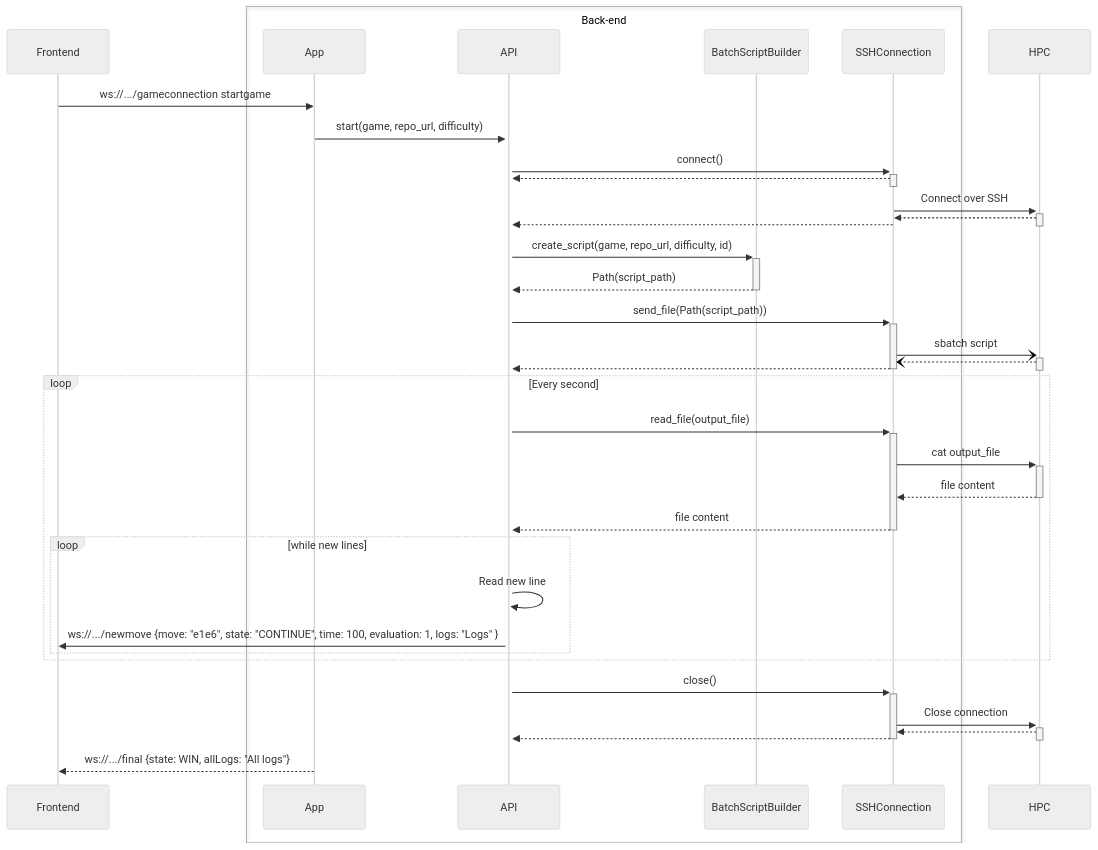
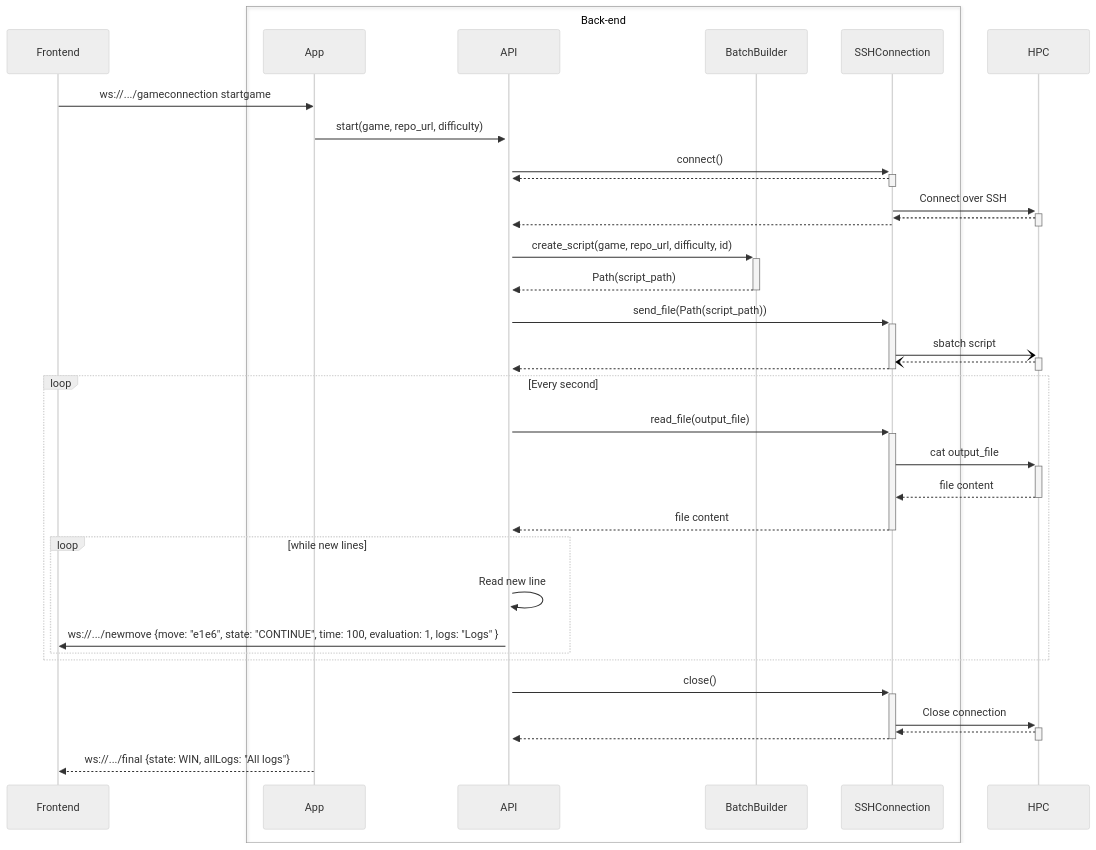
The second of 5 diagrams in docs/architecture.md (game-ai-platform-team/tira-ai-platform), drawn with Mermaid (neutral theme) before and after one commit. The commit also changed other lines of this file and 2 other files, not shown here.

Commit message:
refactor(#111): Rename BatchScriptBuilder to BatchBuilder

````diff
--- a/docs/architecture.md
+++ b/docs/architecture.md
@@ -53,49 +53,49 @@
 ```mermaid
 sequenceDiagram
 
 participant Frontend
 
 box Back-end
     participant App
     participant API
-    participant BatchScriptBuilder
+    participant BatchBuilder
     participant SSHConnection
 end
 
 Frontend ->> App: ws://.../gameconnection startgame
 
 App ->>+ API: start(game, repo_url, difficulty)
 API ->>+ SSHConnection: connect()
 SSHConnection -->>- API: 
 
 SSHConnection ->>+ HPC: Connect over SSH
 HPC -->>- SSHConnection: 
 
 SSHConnection -->> API: 
-API ->>+ BatchScriptBuilder: create_script(game, repo_url, difficulty, id)
-BatchScriptBuilder -->>- API: Path(script_path)
+API ->>+ BatchBuilder: create_script(game, repo_url, difficulty, id)
+BatchBuilder -->>- API: Path(script_path)
 
 API ->>+ SSHConnection: send_file(Path(script_path))
 SSHConnection -)+ HPC: sbatch script
 HPC --)- SSHConnection: 
 SSHConnection -->>- API: 
 
 loop Every second
     API ->>+ SSHConnection: read_file(output_file)
     SSHConnection ->>+ HPC: cat output_file
     HPC -->>- SSHConnection: file content
     SSHConnection -->>- API: file content
 
     loop while new lines
         API ->> API: Read new line
         API ->> Frontend: ws://.../newmove {move: "e1e6", state: "CONTINUE", time: 100, evaluation: 1, logs: "Logs" }
     end
 end
 
 API ->>+ SSHConnection: close()
 SSHConnection ->>+ HPC: Close connection
 HPC -->>- SSHConnection: 
 SSHConnection -->>- API: 
 
 App -->> Frontend: ws://.../final {state: WIN, allLogs: "All logs"}
 ```
````
